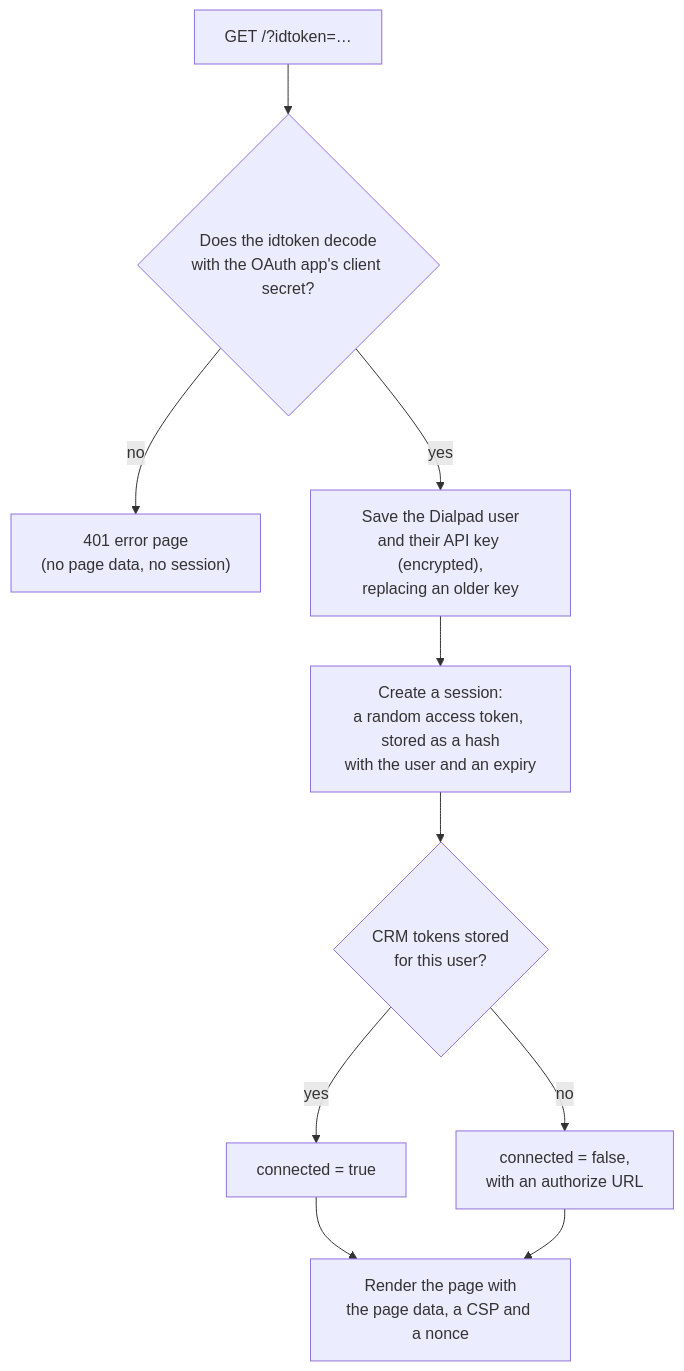
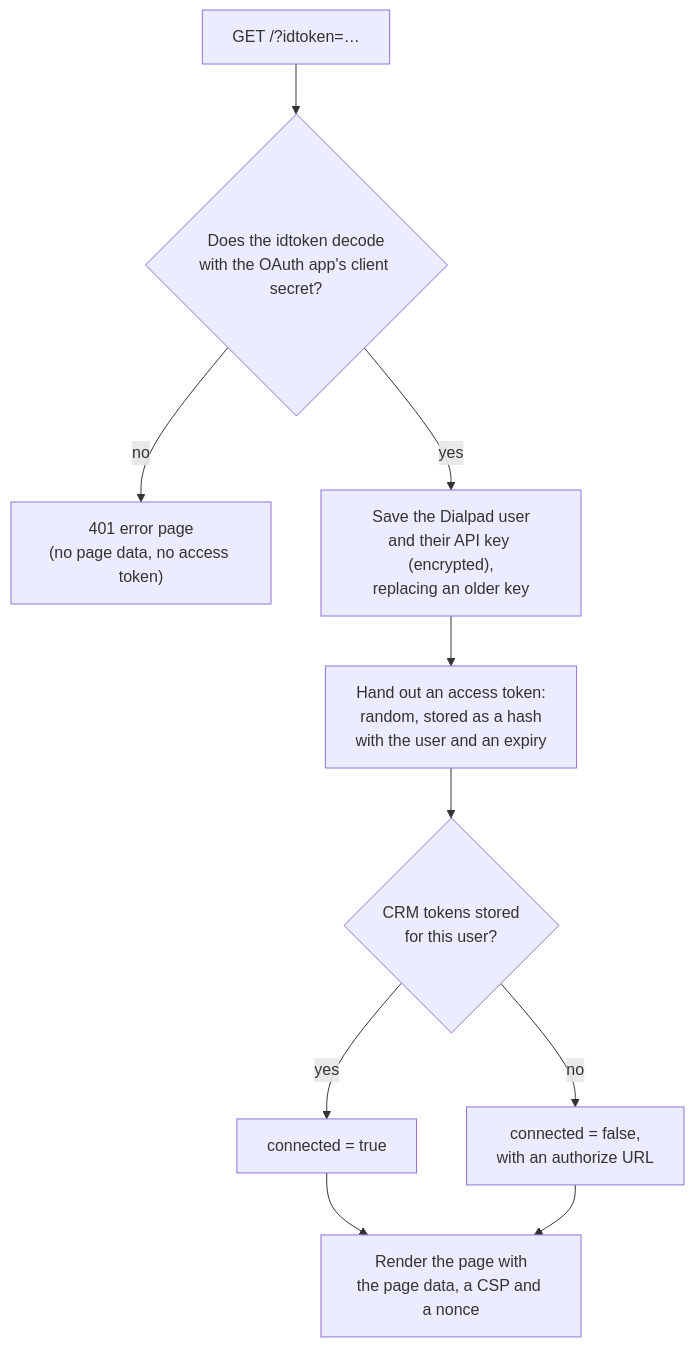
Before and after one commit to dialpad/sample-dialapp-external: the first of 2 diagrams in guide/03-load-the-panel-page.md, drawn with Mermaid. The commit also changed other lines of this file and 63 other files, not shown here.

````diff
--- a/guide/03-load-the-panel-page.md
+++ b/guide/03-load-the-panel-page.md
@@ -11,12 +11,12 @@
 ```mermaid
 flowchart TD
   A["GET /?idtoken=…"] --> B{"Does the idtoken decode<br/>with the OAuth app's client secret?"}
-  B -- no --> E["401 error page<br/>(no page data, no session)"]
+  B -- no --> E["401 error page<br/>(no page data, no access token)"]
   B -- yes --> C["Save the Dialpad user<br/>and their API key (encrypted),<br/>replacing an older key"]
-  C --> D["Create a session:<br/>a random access token, stored as a hash<br/>with the user and an expiry"]
+  C --> D["Hand out an access token:<br/>random, stored as a hash<br/>with the user and an expiry"]
   D --> F{"CRM tokens stored<br/>for this user?"}
   F -- yes --> G["connected = true"]
   F -- no --> H["connected = false,<br/>with an authorize URL"]
   G --> I["Render the page with<br/>the page data, a CSP and a nonce"]
   H --> I
 ```
````
